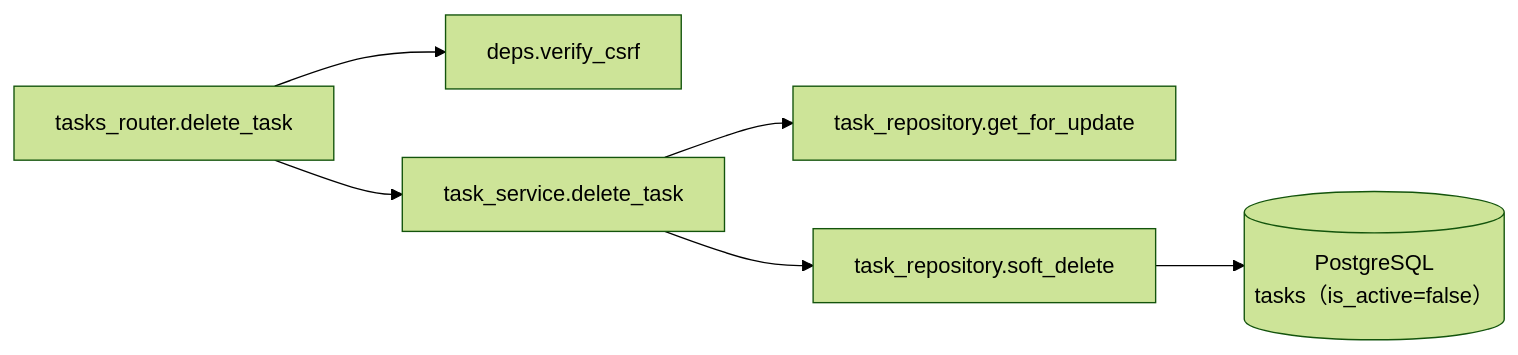
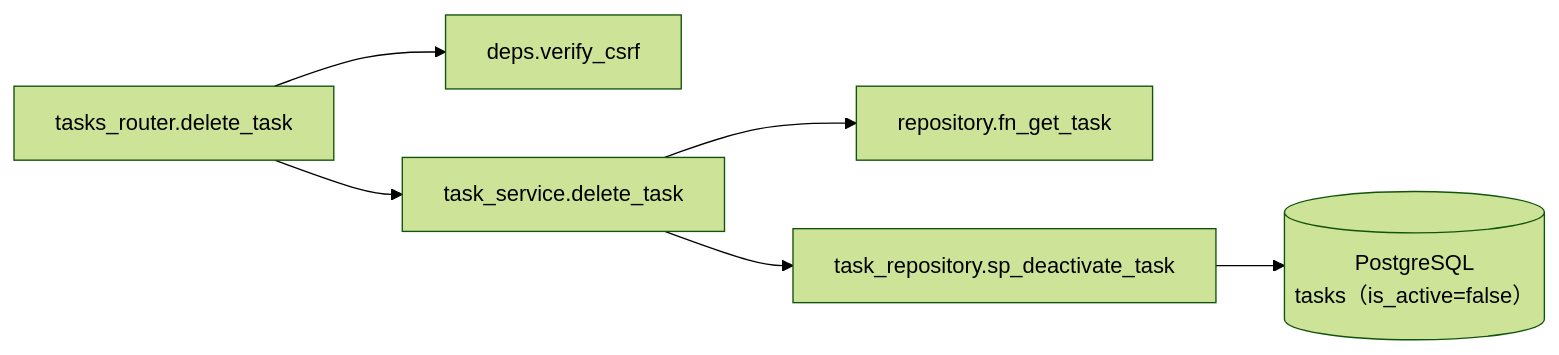
One commit to oikawa-d/task_management changed the third of 4 diagrams in detailed_design/api/tasks/05_delete_task.md. Above: the diagram before and after it, drawn with Mermaid (forest theme). The commit also changed other lines of this file and 58 other files, not shown here.

````diff
--- a/detailed_design/api/tasks/05_delete_task.md
+++ b/detailed_design/api/tasks/05_delete_task.md
@@ -153,8 +153,8 @@
 ```mermaid
 flowchart LR
     R["tasks_router.delete_task"] --> DEP["deps.verify_csrf"]
     R --> S["task_service.delete_task"]
-    S --> G["task_repository.get_for_update"]
-    S --> SD["task_repository.soft_delete"]
+    S --> G["repository.fn_get_task"]
+    S --> SD["task_repository.sp_deactivate_task"]
     SD --> DBT[("PostgreSQL<br/>tasks（is_active=false）")]
 ```
````
